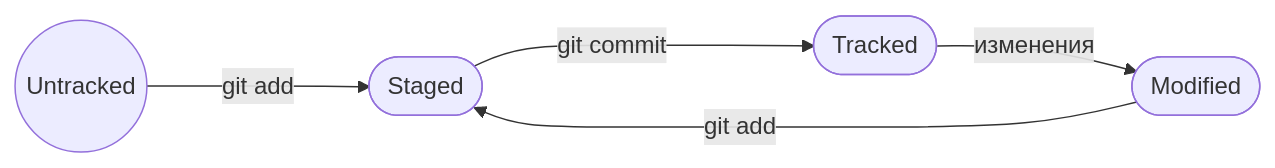
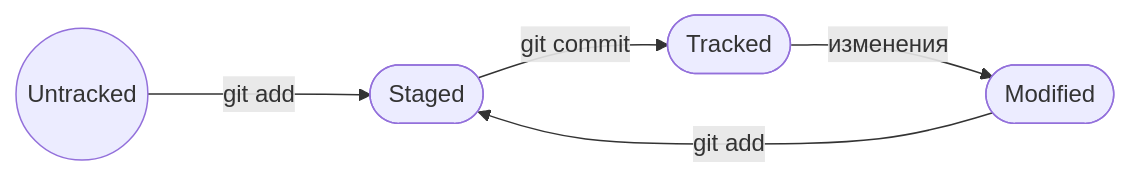
The diagram in README.md (jjuiiva/homework1), drawn with Mermaid before and after one commit.

Commit message:
Исправлена стрелка на схеме с путем статусов

````diff
--- a/README.md
+++ b/README.md
@@ -84,13 +84,13 @@
 ```mermaid
 flowchart LR
 
     A(("Untracked"))
     B([Staged])
     C([Modified])
     D([Tracked])
 
     A --git add---> B
-    B --git commit---> D
+    B --git commit--> D
     D --изменения--> C
     C --git add--> B
 ```
````
